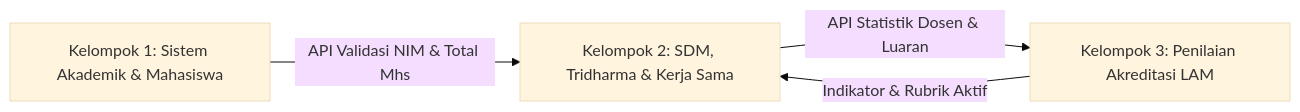
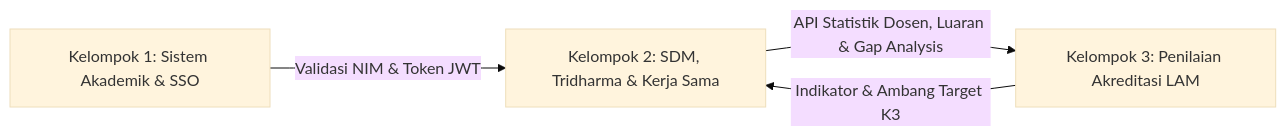
The first of 2 diagrams in README.md (mufadah/akreditasi-pbl), drawn with Mermaid (base theme) before and after one commit. The commit also changed other lines of this file and 11 other files, not shown here.

````diff
--- a/README.md
+++ b/README.md
@@ -35,6 +36,6 @@
 ```mermaid
 flowchart LR
-    K1[Kelompok 1: Sistem Akademik & Mahasiswa] -->|API Validasi NIM & Total Mhs| K2[Kelompok 2: SDM, Tridharma & Kerja Sama]
-    K2 -->|API Statistik Dosen & Luaran| K3[Kelompok 3: Penilaian Akreditasi LAM]
-    K3 -->|Indikator & Rubrik Aktif| K2
+    K1[Kelompok 1: Sistem Akademik & SSO] -->|Validasi NIM & Token JWT| K2[Kelompok 2: SDM, Tridharma & Kerja Sama]
+    K2 -->|API Statistik Dosen, Luaran & Gap Analysis| K3[Kelompok 3: Penilaian Akreditasi LAM]
+    K3 -->|Indikator & Ambang Target K3| K2
 ```
````
